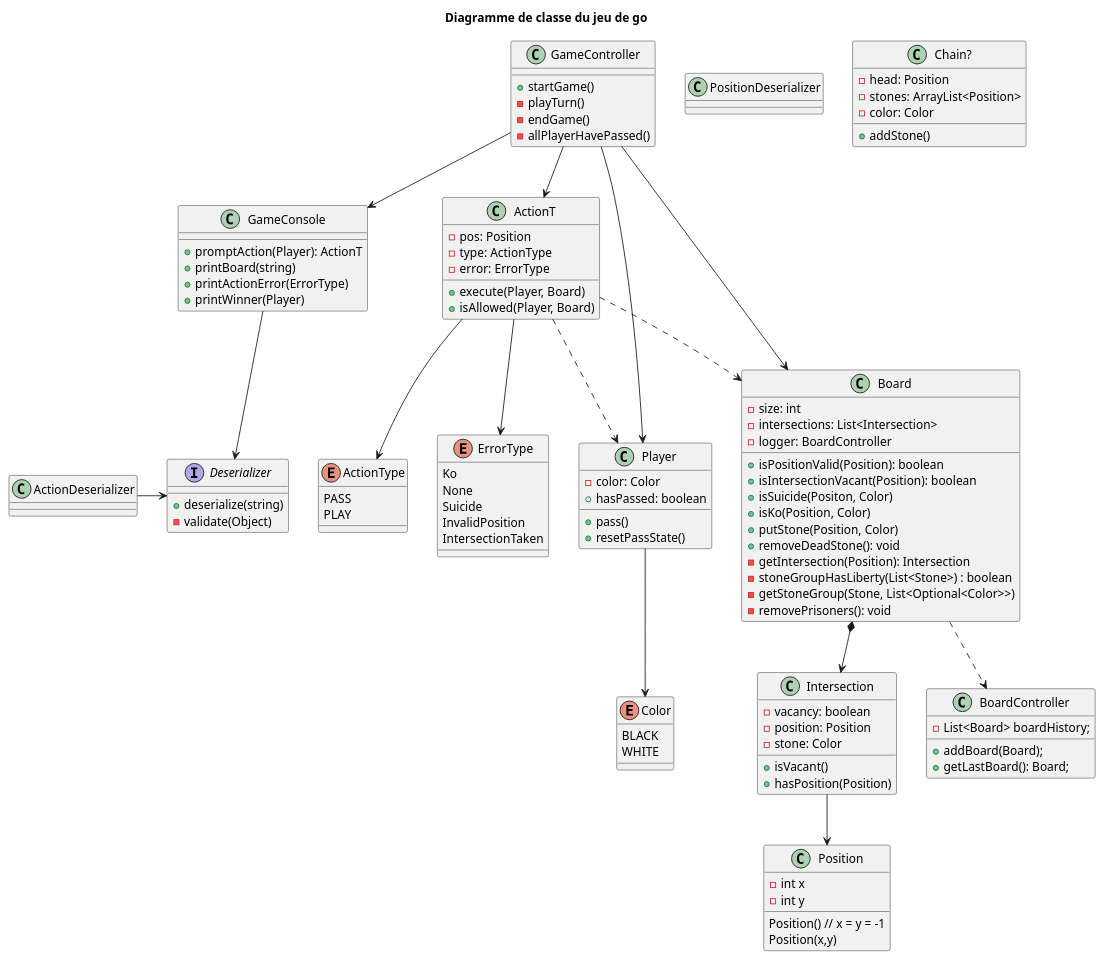
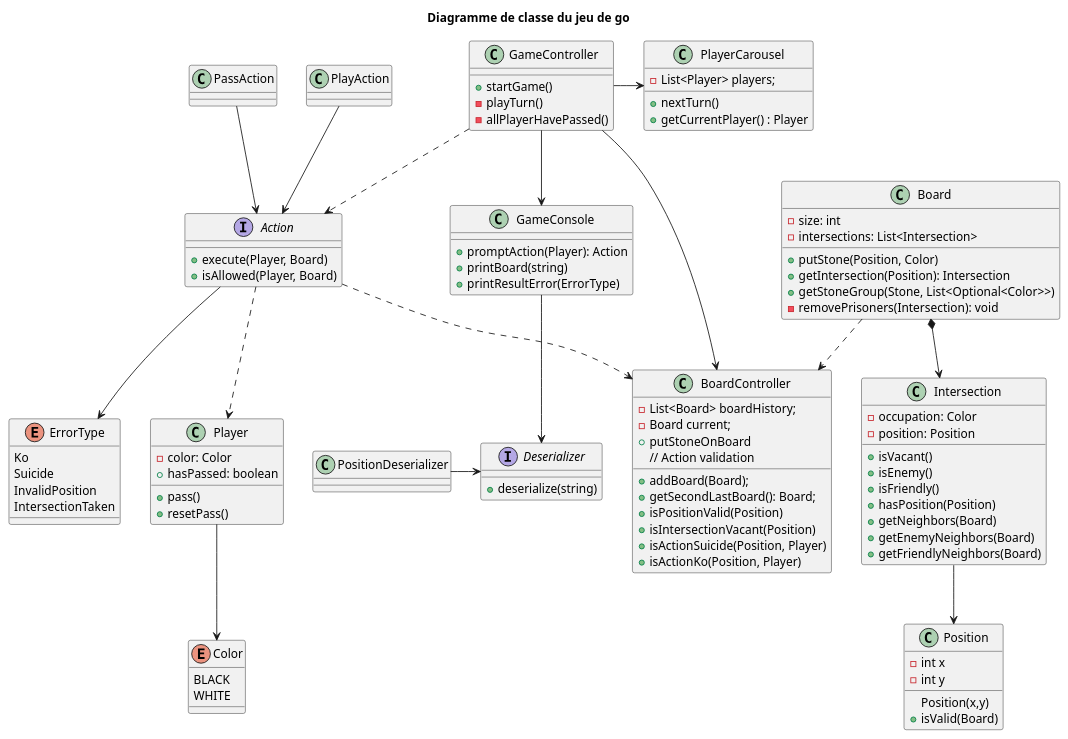
Before and after one commit to pierrelucueisd/compteurpoints-jeu-go-java: the diagram in Conception.puml, drawn with PlantUML. The commit also changed 8 other files, not shown here.

```diff
--- a/Conception.puml
+++ b/Conception.puml
@@ -1,125 +1,121 @@
 @startuml
 
 title Diagramme de classe du jeu de go
 
 class GameController {
     + startGame()
     - playTurn()
-    - endGame()
     - allPlayerHavePassed()
 }
 
 class GameConsole {
-    + promptAction(Player): ActionT
+    + promptAction(Player): Action
     + printBoard(string)
-    + printActionError(ErrorType)
-    + printWinner(Player)
+    + printResultError(ErrorType)
 }
 
 interface Deserializer {
     + deserialize(string)
-    - validate(Object)
 }
 
 class PositionDeserializer {
 }
 
-class ActionT {
-    - pos: Position
-    - type: ActionType
-    - error: ErrorType
+interface Action {
     + execute(Player, Board)
     + isAllowed(Player, Board)
 }
 
-enum ActionType {
-    PASS
-    PLAY
-}
+class PassAction {}
+class PlayAction {}
 
 enum ErrorType {
     Ko
-    None
     Suicide
     InvalidPosition
     IntersectionTaken
 }
 
-class Player{
+class PlayerCarousel {
+    - List<Player> players;
+    + nextTurn()
+    + getCurrentPlayer() : Player
+}
+
+class Player {
     - color: Color
     + hasPassed: boolean
     + pass()
-    + resetPassState()
+    + resetPass()
 }
 
 enum Color{
     BLACK
     WHITE
 }
 
 class Board {
     - size: int
     - intersections: List<Intersection>
-    - logger: BoardController
-    + isPositionValid(Position): boolean
-    + isIntersectionVacant(Position): boolean
-    + isSuicide(Positon, Color)
-    + isKo(Position, Color)
     + putStone(Position, Color)
-    + removeDeadStone(): void
-    - getIntersection(Position): Intersection
-    - stoneGroupHasLiberty(List<Stone>) : boolean
-    - getStoneGroup(Stone, List<Optional<Color>>)
-    - removePrisoners(): void
+    + getIntersection(Position): Intersection
+    + getStoneGroup(Stone, List<Optional<Color>>)
+    - removePrisoners(Intersection): void
 }
 
 class BoardController {
     - List<Board> boardHistory;
+    - Board current;
     + addBoard(Board);
-    + getLastBoard(): Board;
-}
-
-class Chain? {
-- head: Position
-- stones: ArrayList<Position>
-- color: Color
-+ addStone()
+    + putStoneOnBoard
+    + getSecondLastBoard(): Board;
+    // Action validation
+    + isPositionValid(Position)
+    + isIntersectionVacant(Position)
+    + isActionSuicide(Position, Player)
+    + isActionKo(Position, Player)
 }
 
 class Intersection {
-    - vacancy: boolean
+    - occupation: Color
     - position: Position
-    - stone: Color
     + isVacant()
+    + isEnemy()
+    + isFriendly()
     + hasPosition(Position)
+    + getNeighbors(Board)
+    + getEnemyNeighbors(Board)
+    + getFriendlyNeighbors(Board)
 }
 
 class Position {
-    Position() // x = y = -1
     Position(x,y)
     - int x
     - int y
+    + isValid(Board)
 }
 
-ActionT --> ActionType
-ActionT -.> Player
-ActionT -.> Board
-ActionT --> ErrorType
+Action -.> Player
+Action -.> BoardController
+Action --> ErrorType
+
+PassAction --> Action
+PlayAction --> Action
 
 Intersection --> Position
 
 Board *--> Intersection
 Board -.> BoardController
 
-GameController --> ActionT
-GameController --> Board
-GameController --> Player
+GameController -.> Action
+GameController --> BoardController
+GameController -> PlayerCarousel
 GameController --> GameConsole
 
 GameConsole --> Deserializer
 
-ActionDeserializer -> Deserializer
+PositionDeserializer -> Deserializer
 
 Player --> Color
 
 @enduml
```
